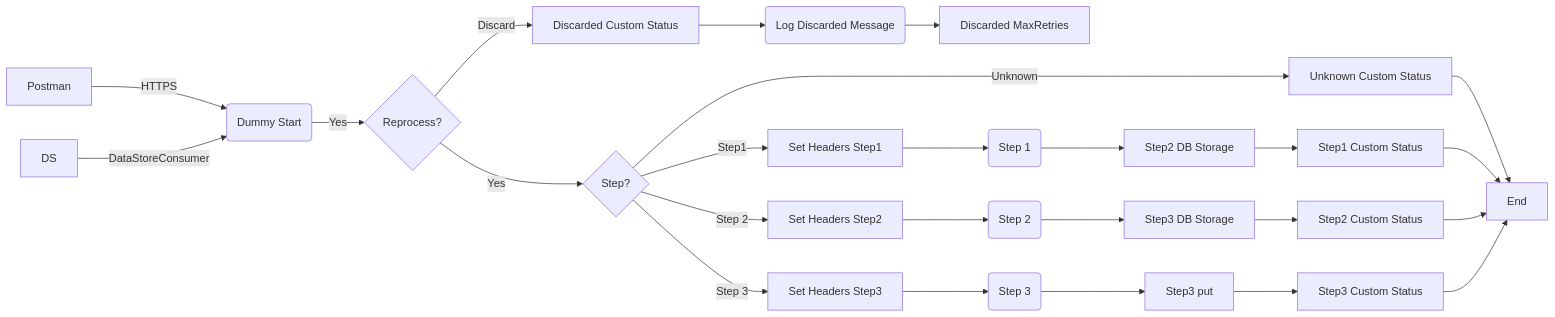
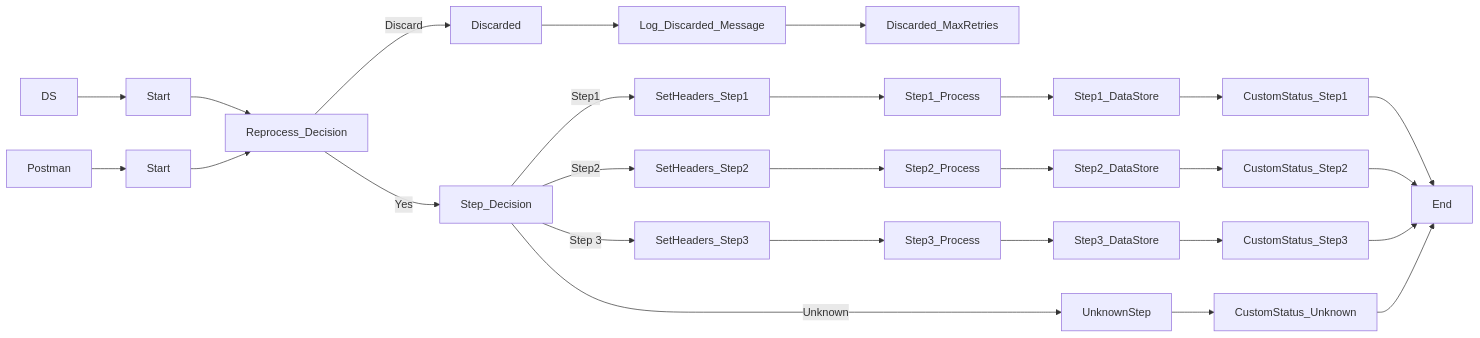
Before and after one commit to Avvale-IA-CICD/AvvaleCPI: the diagram in MMZ - Cell Iflows/SEDA_Model_-_Single_DS_-_Restart_and_Discard_MMZ-1.0.1/readme.md, drawn with Mermaid. The commit also changed other lines of this file, not shown here.

Commit message:
Add/update documentation for SEDA_Model_-_Single_DS_-_Restart_and_Discard_MMZ v1.0.1

````diff
--- a/MMZ - Cell Iflows/SEDA_Model_-_Single_DS_-_Restart_and_Discard_MMZ-1.0.1/readme.md
+++ b/MMZ - Cell Iflows/SEDA_Model_-_Single_DS_-_Restart_and_Discard_MMZ-1.0.1/readme.md
@@ -5,32 +4,33 @@
 ```mermaid
 graph LR
-    A[Postman] -- HTTPS --> B(Dummy Start)
-    C[DS] -- DataStoreConsumer --> B
+    Postman --> HTTPS[Start]
+    DS --> DataStoreConsumer[Start]
+    DataStoreConsumer --> Reprocess_Decision
+    HTTPS --> Reprocess_Decision
+    Reprocess_Decision -- Yes --> Step_Decision
+    Reprocess_Decision -- Discard --> Discarded
+    Discarded --> Log_Discarded_Message
+    Log_Discarded_Message --> Discarded_MaxRetries
 
-    B -- Yes --> D{Reprocess?}
-    D -- Discard --> E[Discarded Custom Status]
-    E --> F(Log Discarded Message)
-    F --> G[Discarded MaxRetries]
+    Step_Decision -- Step1 --> SetHeaders_Step1
+    Step_Decision -- Step2 --> SetHeaders_Step2
+    Step_Decision -- Step 3 --> SetHeaders_Step3
+    Step_Decision -- Unknown --> UnknownStep
+    SetHeaders_Step1 --> Step1_Process
+    SetHeaders_Step2 --> Step2_Process
+    SetHeaders_Step3 --> Step3_Process
+    UnknownStep --> CustomStatus_Unknown
 
-    D -- Yes --> H{Step?}
-    H -- Step1 --> I[Set Headers Step1]
-    H -- Step 2 --> J[Set Headers Step2]
-    H -- Step 3 --> K[Set Headers Step3]
-    H -- Unknown --> L[Unknown Custom Status]
-    L --> M[End]
+    Step1_Process --> Step1_DataStore
+    Step2_Process --> Step2_DataStore
+    Step3_Process --> Step3_DataStore
 
-    I --> N(Step 1)
-    N --> O[Step2 DB Storage]
-    O --> P[Step1 Custom Status]
-    P --> M
+    Step1_DataStore --> CustomStatus_Step1
+    Step2_DataStore --> CustomStatus_Step2
+    Step3_DataStore --> CustomStatus_Step3
 
-    J --> Q(Step 2)
-    Q --> R[Step3 DB Storage]
-    R --> S[Step2 Custom Status]
-    S --> M
-
-    K --> T(Step 3)
-    T --> U[Step3 put]
-    U --> V[Step3 Custom Status]
-    V --> M
+    CustomStatus_Step1 --> End
+    CustomStatus_Step2 --> End
+    CustomStatus_Step3 --> End
+    CustomStatus_Unknown --> End
 ```
````
